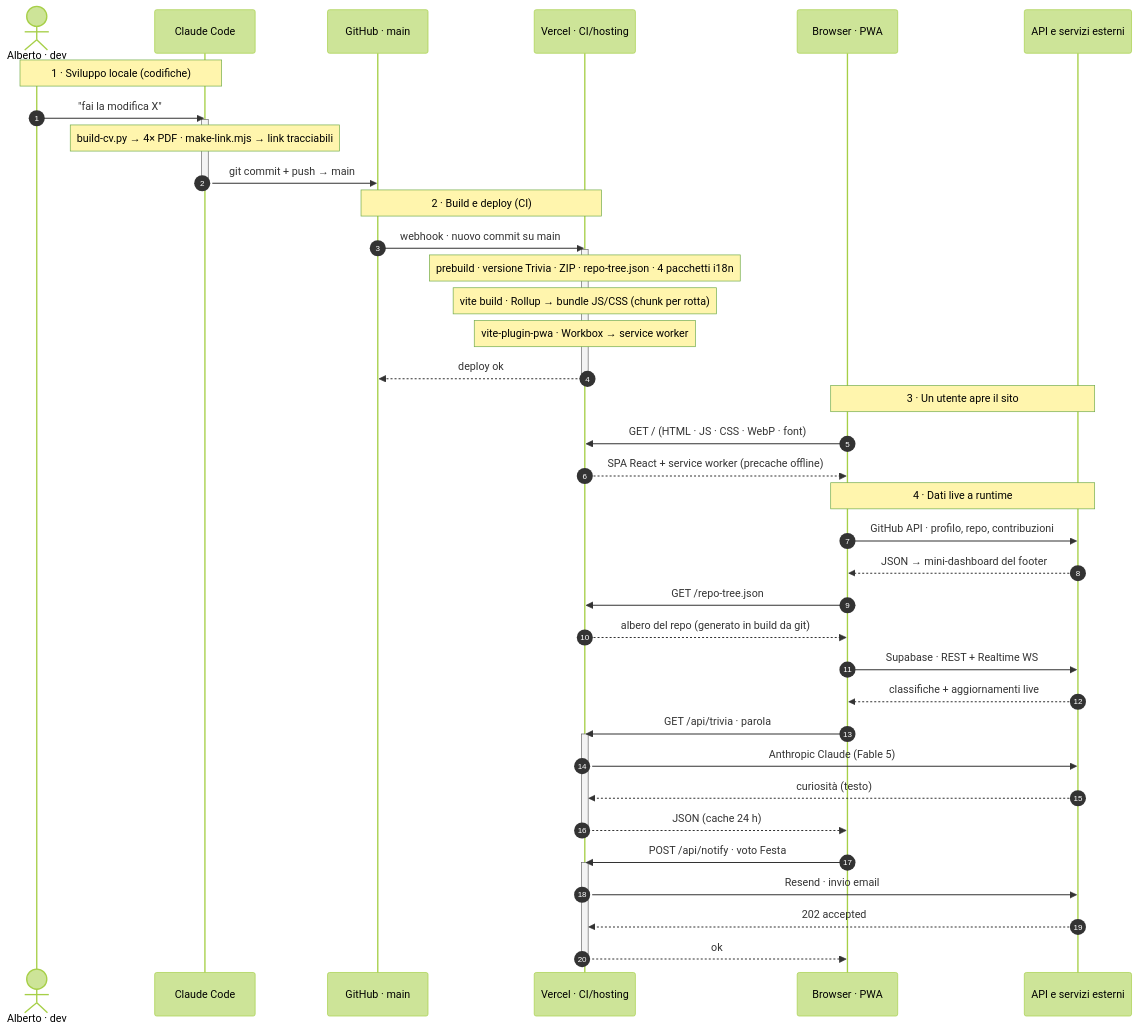
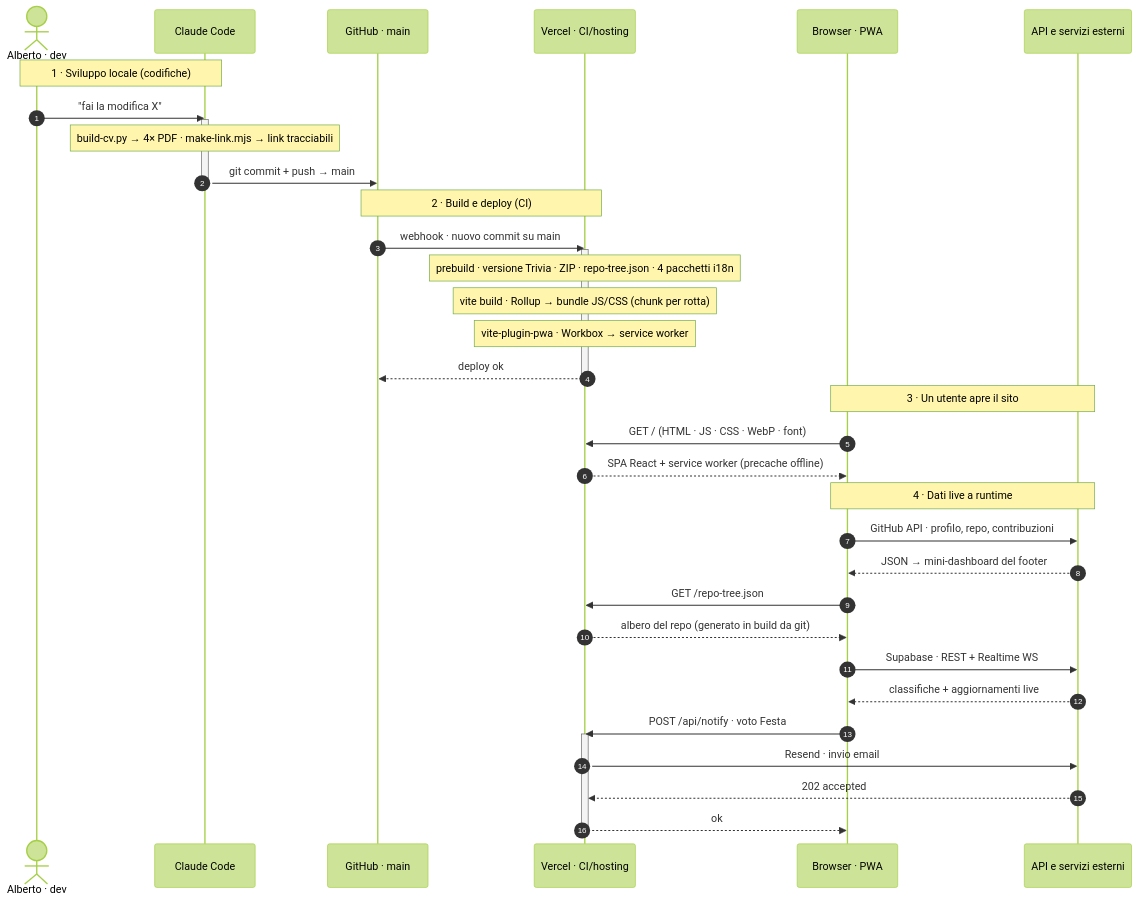
One commit to albertoxpecchini/AP changed the diagram in README.md. Above: the diagram before and after it, drawn with Mermaid (forest theme). The commit also changed other lines of this file and 11 other files, not shown here.

````diff
--- a/README.md
+++ b/README.md
@@ -468,50 +464,44 @@
 ```mermaid
 sequenceDiagram
     autonumber
     actor Dev as Alberto · dev
     participant CC as Claude Code
     participant GH as GitHub · main
     participant VC as Vercel · CI/hosting
     participant BR as Browser · PWA
     participant EXT as API e servizi esterni
 
     Note over Dev,CC: 1 · Sviluppo locale (codifiche)
     Dev->>CC: "fai la modifica X"
     activate CC
     Note over CC: build-cv.py → 4× PDF · make-link.mjs → link tracciabili
     CC->>GH: git commit + push → main
     deactivate CC
 
     Note over GH,VC: 2 · Build e deploy (CI)
     GH->>VC: webhook · nuovo commit su main
     activate VC
     Note over VC: prebuild · versione Trivia · ZIP · repo-tree.json · 4 pacchetti i18n
     Note over VC: vite build · Rollup → bundle JS/CSS (chunk per rotta)
     Note over VC: vite-plugin-pwa · Workbox → service worker
     VC-->>GH: deploy ok
     deactivate VC
 
     Note over BR,EXT: 3 · Un utente apre il sito
     BR->>VC: GET / (HTML · JS · CSS · WebP · font)
     VC-->>BR: SPA React + service worker (precache offline)
 
     Note over BR,EXT: 4 · Dati live a runtime
     BR->>EXT: GitHub API · profilo, repo, contribuzioni
     EXT-->>BR: JSON → mini-dashboard del footer
     BR->>VC: GET /repo-tree.json
     VC-->>BR: albero del repo (generato in build da git)
     BR->>EXT: Supabase · REST + Realtime WS
     EXT-->>BR: classifiche + aggiornamenti live
-    BR->>VC: GET /api/trivia · parola
-    activate VC
-    VC->>EXT: Anthropic Claude (Fable 5)
-    EXT-->>VC: curiosità (testo)
-    VC-->>BR: JSON (cache 24 h)
-    deactivate VC
     BR->>VC: POST /api/notify · voto Festa
     activate VC
     VC->>EXT: Resend · invio email
     EXT-->>VC: 202 accepted
     VC-->>BR: ok
     deactivate VC
 ```
````
